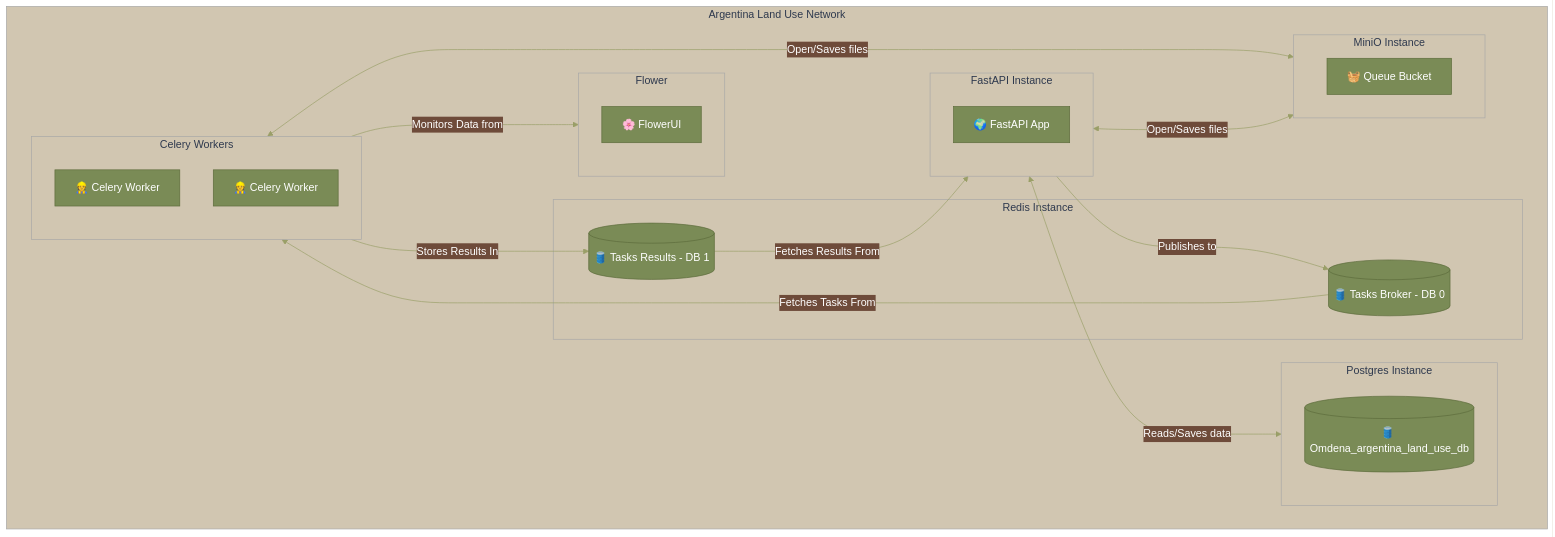
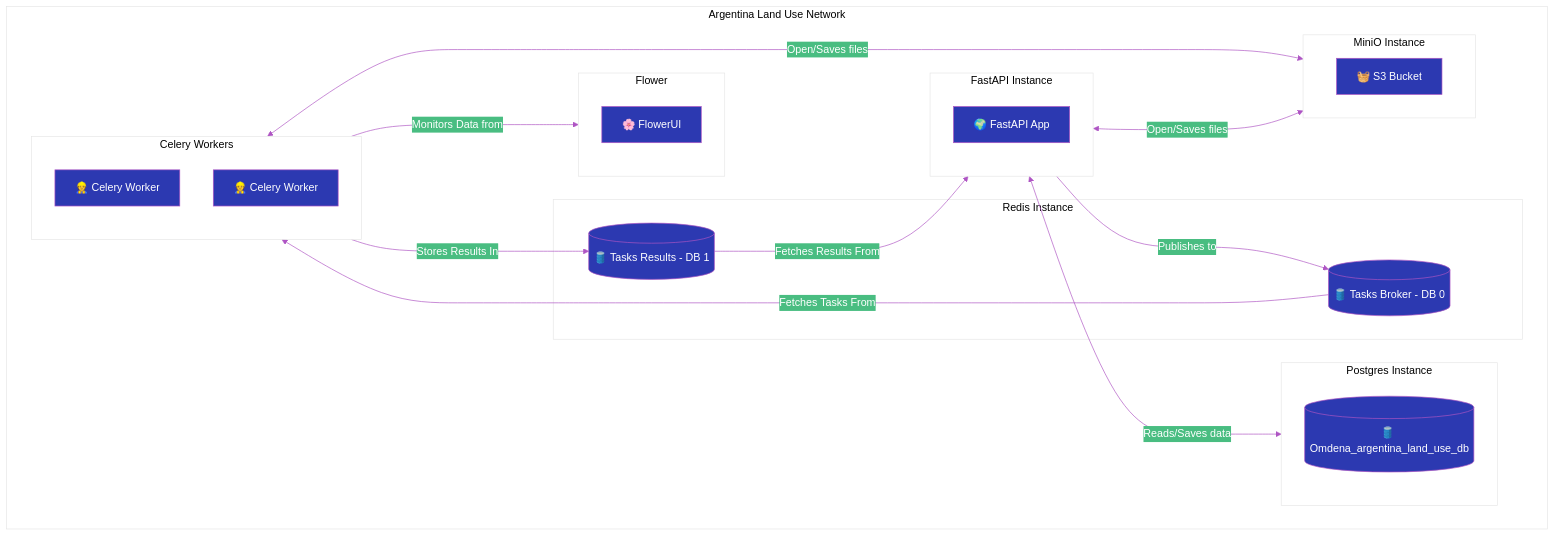
One commit to OmdenaAI/CordobaArgentinaChapter_MonitoringLandUseTransformation changed the diagram in virtual-machine/README.md. Above: the diagram before and after it, drawn with Mermaid. The commit also changed other lines of this file and 5 other files, not shown here.

````diff
--- a/virtual-machine/README.md
+++ b/virtual-machine/README.md
@@ -5,63 +5,63 @@
 ```mermaid
 %%{
   init: {
     'theme': 'base',
     'themeVariables': {
-      'primaryColor': '#7A8B56',
+      'primaryColor': '#2c39b1',
       'primaryTextColor': '#FFFFFF',
-      'primaryBorderColor': '#5C6B3B',
-      'lineColor': '#9A9F68',
-      'secondaryColor': '#6E4B3A',
-      'tertiaryColor': '#D1C6B1'
+      'primaryBorderColor': '#af55c4',
+      'lineColor': '#af55c4',
+      'secondaryColor': '#49bd81',
+      'tertiaryColor': '#FFFFFF'
     }
   }
 }%%
 
 graph TB;
 
     subgraph Network[Argentina Land Use Network]
         Postgres
         Redis
         CeleryWorkers
         Flower
         FastAPI
         MiniO
     end
     
     subgraph CeleryWorkers[Celery Workers]
         Worker1["👷 Celery Worker"]
         WorkerN["👷 Celery Worker"]
     end
 
     subgraph Flower[Flower]
       FlowerUI["🌸 FlowerUI"]
     end
 
     subgraph Redis[Redis Instance]
         RedisBroker@{ shape: cyl, label: "🛢️ Tasks Broker - DB 0" }
         RedisBackend@{ shape: cyl, label: "🛢️ Tasks Results - DB 1" }
     end
 
     subgraph Postgres[Postgres Instance]
         PostgresDB@{ shape: cyl, label: "🛢️ Omdena_argentina_land_use_db" }
     end
     
     subgraph FastAPI[FastAPI Instance]
         API["🌍 FastAPI App"]
     end
 
     subgraph MiniO[MiniO Instance]
-      QueueBucket["🧺 Queue Bucket"]
+      Bucket["🧺 S3 Bucket"]
     end
 
     CeleryWorkers --->|Stores Results In| RedisBackend
     CeleryWorkers --->|Monitors Data from| Flower
     RedisBackend --->|Fetches Results From | FastAPI
     CeleryWorkers <--->|Open/Saves files| MiniO
     FastAPI <--->|Reads/Saves data| Postgres
     FastAPI <--->|Open/Saves files| MiniO
     FastAPI --->|Publishes to| RedisBroker 
     RedisBroker --->|Fetches Tasks From| CeleryWorkers  
 
 
 ```
````
